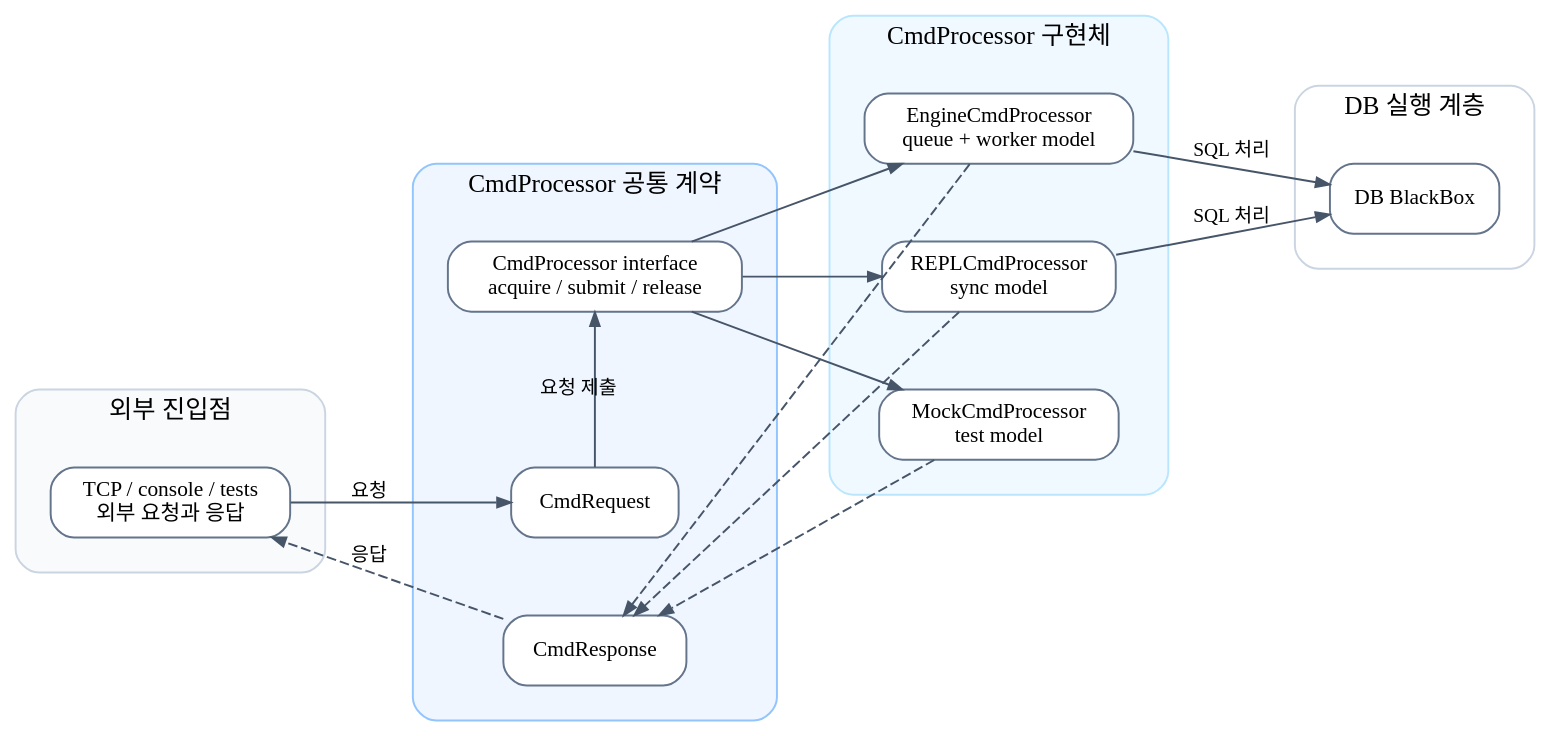
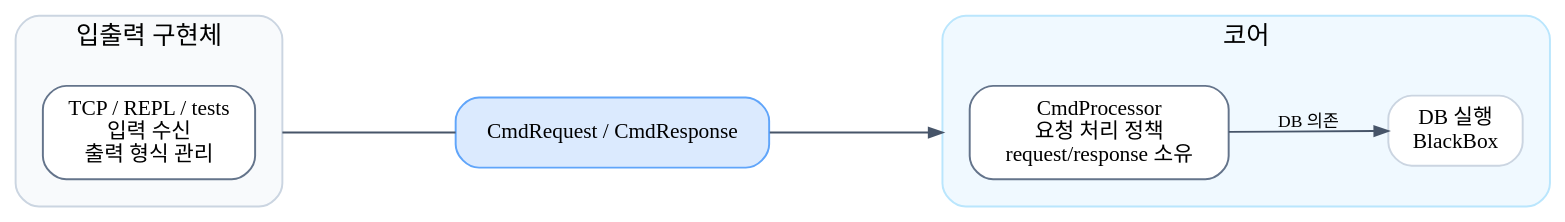
Before and after one commit to Wish-Upon-A-Star/SQL-B-Tree: the diagram in docs/sijun-yang/diagrams/004_cmd_processor_overall_architecture.dot, drawn with Graphviz. The commit also changed 8 other files, not shown here.

Commit message:
docs: refine cmd processor architecture diagrams

```diff
--- a/docs/sijun-yang/diagrams/004_cmd_processor_overall_architecture.dot
+++ b/docs/sijun-yang/diagrams/004_cmd_processor_overall_architecture.dot
@@ -1,100 +1,85 @@
 digraph CmdProcessorOverallArchitecture {
     graph [
         rankdir=LR,
         compound=true,
-        nodesep=0.55,
-        ranksep=0.85,
+        nodesep=0.35,
+        ranksep=0.7,
         splines=line,
         newrank=true,
         pad=0.2,
         bgcolor="transparent"
     ];
 
     node [
         shape=box,
         style="rounded,filled",
         fillcolor="white",
         color="#64748b",
         fontname="Pretendard",
         fontsize=11,
         margin="0.14,0.09"
     ];
 
     edge [
         color="#475569",
         fontname="Pretendard",
         fontsize=10,
         arrowsize=0.7
     ];
 
-    subgraph cluster_frontends {
-        label="외부 진입점";
+    subgraph cluster_io {
+        label="입출력 구현체";
         style="rounded,filled";
         color="#cbd5e1";
         fillcolor="#f8fafc";
         fontname="Pretendard";
         fontsize=13;
-        margin=18;
+        margin=14;
 
-        frontends [label="TCP / console / tests\n외부 요청과 응답"];
+        io_impl [
+            label="TCP / REPL / tests\n입력 수신\n출력 형식 관리",
+            fillcolor="#ffffff"
+        ];
     }
 
-    subgraph cluster_contract {
-        label="CmdProcessor 공통 계약";
-        style="rounded,filled";
-        color="#93c5fd";
-        fillcolor="#eff6ff";
-        fontname="Pretendard";
-        fontsize=13;
-        margin=18;
-
-        request [label="CmdRequest"];
-        api [label="CmdProcessor interface\nacquire / submit / release"];
-        response [label="CmdResponse"];
-    }
-
-    subgraph cluster_impls {
-        label="CmdProcessor 구현체";
+    subgraph cluster_core {
+        label="코어";
         style="rounded,filled";
         color="#bae6fd";
         fillcolor="#f0f9ff";
         fontname="Pretendard";
         fontsize=13;
-        margin=18;
+        margin=14;
 
-        engine [label="EngineCmdProcessor\nqueue + worker model"];
-        repl [label="REPLCmdProcessor\nsync model"];
-        mock [label="MockCmdProcessor\ntest model"];
+        cmd_processor [
+            label="CmdProcessor\n요청 처리 정책\nrequest/response 소유",
+            fillcolor="#ffffff"
+        ];
+
+        db_black_box [
+            label="DB 실행\nBlackBox",
+            fillcolor="#ffffff",
+            color="#cbd5e1"
+        ];
     }
 
-    subgraph cluster_db {
-        label="DB 실행 계층";
-        style="rounded,filled";
-        color="#cbd5e1";
-        fillcolor="#ffffff";
-        fontname="Pretendard";
-        fontsize=13;
-        margin=18;
+    cmd_contract [
+        label="CmdRequest / CmdResponse",
+        fillcolor="#dbeafe",
+        color="#60a5fa",
+        margin="0.08,0.04"
+    ];
 
-        db_black_box [label="DB BlackBox"];
-    }
-
-    { rank=same; request; api; response; }
-    { rank=same; engine; repl; mock; }
-
-    frontends -> request [label="요청", weight=10];
-
-    request -> api [label="요청 제출", weight=10];
-    api -> engine [weight=10];
-    api -> repl [weight=10];
-    api -> mock [weight=10];
-
-    engine -> db_black_box [label="SQL 처리", weight=10];
-    repl -> db_black_box [label="SQL 처리", weight=10];
-
-    engine -> response [style=dashed, constraint=false];
-    repl -> response [style=dashed, constraint=false];
-    mock -> response [style=dashed, constraint=false];
-
-    response -> frontends [style=dashed, label="응답", constraint=false];
+    io_impl -> cmd_contract [
+        ltail=cluster_io,
+        arrowhead=none,
+        minlen=2,
+        weight=10
+    ];
+    cmd_contract -> cmd_processor [
+        lhead=cluster_core,
+        minlen=2,
+        weight=10
+    ];
+    cmd_processor -> db_black_box [label="DB 의존", fontsize=9, minlen=1];
 }
```
